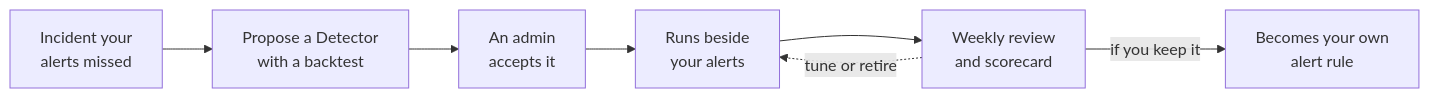
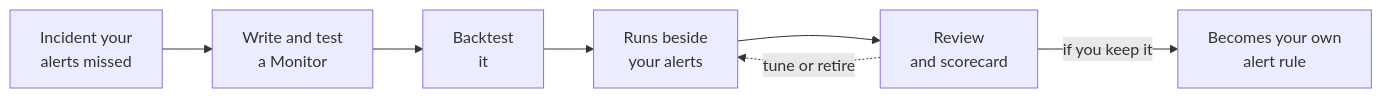
One commit to nhat-tranvan/docs changed the diagram in guide/incident/detectors.mdx. Above: the diagram before and after it, drawn with Mermaid. The commit also changed other lines of this file and 895 other files, not shown here.

````diff
--- a/guide/incident/detectors.mdx
+++ b/guide/incident/detectors.mdx
@@ -81,9 +81,9 @@
 ```mermaid
 flowchart LR
-    A[Incident your<br/>alerts missed] --> B[Propose a Detector<br/>with a backtest]
-    B --> C[An admin<br/>accepts it]
+    A[Incident your<br/>alerts missed] --> B[Write and test<br/>a Monitor]
+    B --> C[Backtest<br/>it]
     C --> D[Runs beside<br/>your alerts]
-    D --> E[Weekly review<br/>and scorecard]
+    D --> E[Review<br/>and scorecard]
     E -->|if you keep it| F[Becomes your own<br/>alert rule]
     E -. tune or retire .-> D
 ```
````
